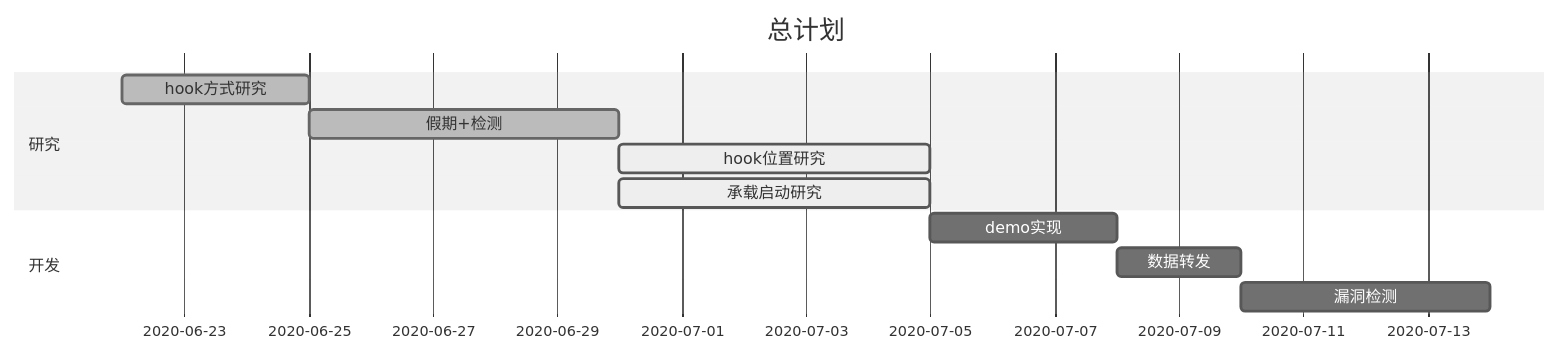
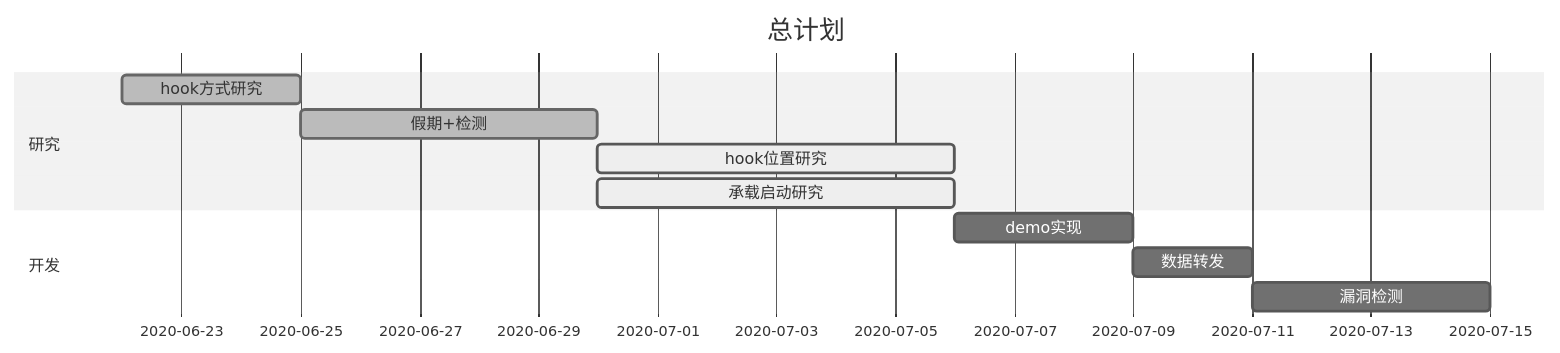
One commit to luotianqi777/Notebook changed the first of 2 diagrams in Plan.md. Above: the diagram before and after it, drawn with Mermaid (neutral theme). The commit also changed other lines of this file and 5 other files, not shown here.

````diff
--- a/Plan.md
+++ b/Plan.md
@@ -3,14 +3,14 @@
 ```mermaid
 gantt
 dateFormat MM-DD
 title 总计划
 section 研究
 hook方式研究: done, hook_find, 06-22, 3d
 假期+检测: done, holiday, after hook_find, 5d
-hook位置研究: active, hook_location, after holiday, 5d
-承载启动研究: active, startup ,after holiday, 5d
+hook位置研究: active, hook_location, after holiday, 6d
+承载启动研究: active, startup ,after holiday, 6d
 section 开发
 demo实现: hook_impl, after startup, 3d
 数据转发: data_send, after hook_impl, 2d
 漏洞检测: bug_check, after data_send, 4d
 ```
````
